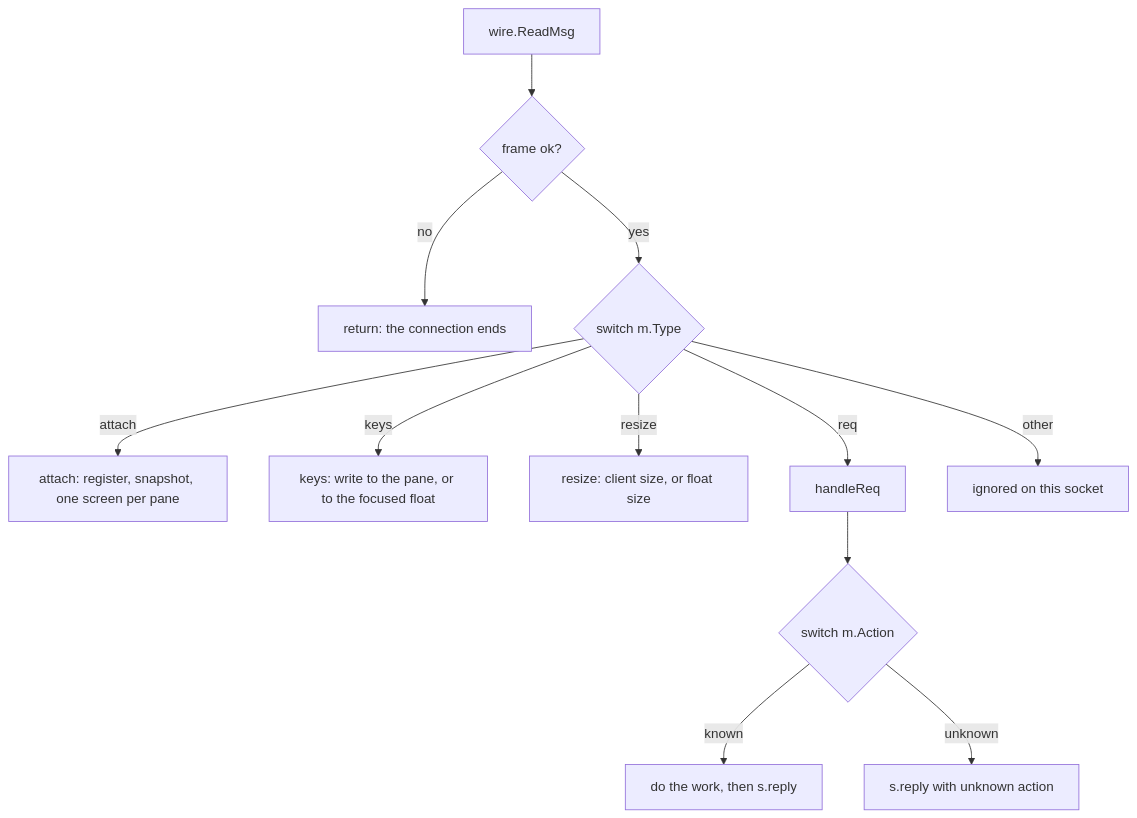
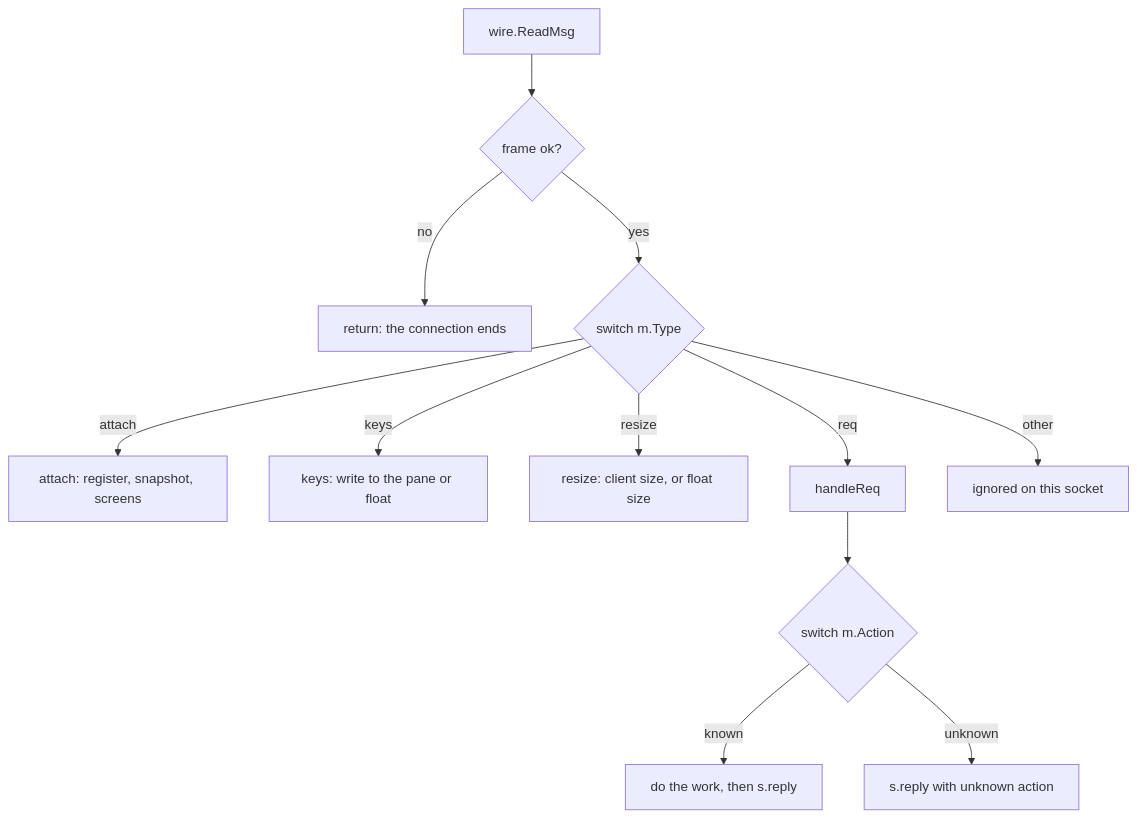
The second of 2 diagrams in docs/internals/03-protocol.md (ladydascalie/dm), drawn with Mermaid before and after one commit. The commit also changed 9 other files, not shown here.

First line of the commit message:
docs: make the internals diagrams legible at a page width

````diff
--- a/docs/internals/03-protocol.md
+++ b/docs/internals/03-protocol.md
@@ -140,14 +140,14 @@
 ```mermaid
 flowchart TD
     A["wire.ReadMsg"] --> B{"frame ok?"}
     B -- no --> C["return: the connection ends"]
     B -- yes --> D{"switch m.Type"}
-    D -- attach --> E["attach: register, snapshot, one screen per pane"]
-    D -- keys --> F["keys: write to the pane, or to the focused float"]
+    D -- attach --> E["attach: register, snapshot, screens"]
+    D -- keys --> F["keys: write to the pane or float"]
     D -- resize --> G["resize: client size, or float size"]
     D -- req --> H["handleReq"]
     D -- other --> I["ignored on this socket"]
     H --> J{"switch m.Action"}
     J -- known --> K["do the work, then s.reply"]
     J -- unknown --> L["s.reply with unknown action"]
 ```
````
